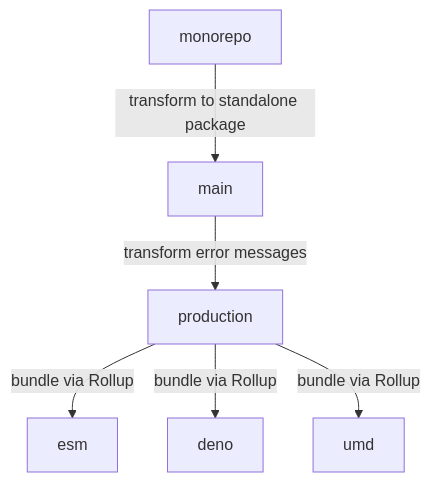
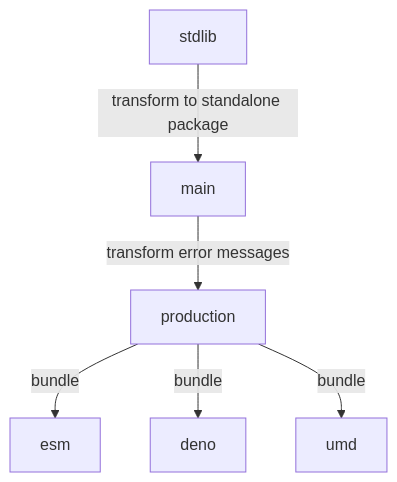
One commit to stdlib-js/string-snakecase changed the diagram in branches.md. Above: the diagram before and after it, drawn with Mermaid. The commit also changed other lines of this file, not shown here.

````diff
--- a/branches.md
+++ b/branches.md
@@ -33,15 +33,15 @@
 ```mermaid
 graph TD;
-A[monorepo]-->|transform to standalone package|B;
+A[stdlib]-->|transform to standalone package|B;
 B[main] -->|transform error messages| C[production];
-C -->|bundle via Rollup| D[esm];
-C -->|bundle via Rollup| E[deno];
-C -->|bundle via Rollup| F[umd];
+C -->|bundle| D[esm];
+C -->|bundle| E[deno];
+C -->|bundle| F[umd];
 
 click A href "https://github.com/stdlib-js/stdlib/tree/develop/lib/node_modules/%40stdlib/string/snakecase"
 click B href "https://github.com/stdlib-js/string-snakecase/tree/main"
 click C href "https://github.com/stdlib-js/string-snakecase/tree/production"
 click D href "https://github.com/stdlib-js/string-snakecase/tree/esm"
 click E href "https://github.com/stdlib-js/string-snakecase/tree/deno"
 click F href "https://github.com/stdlib-js/string-snakecase/tree/umd"
 ```
````
